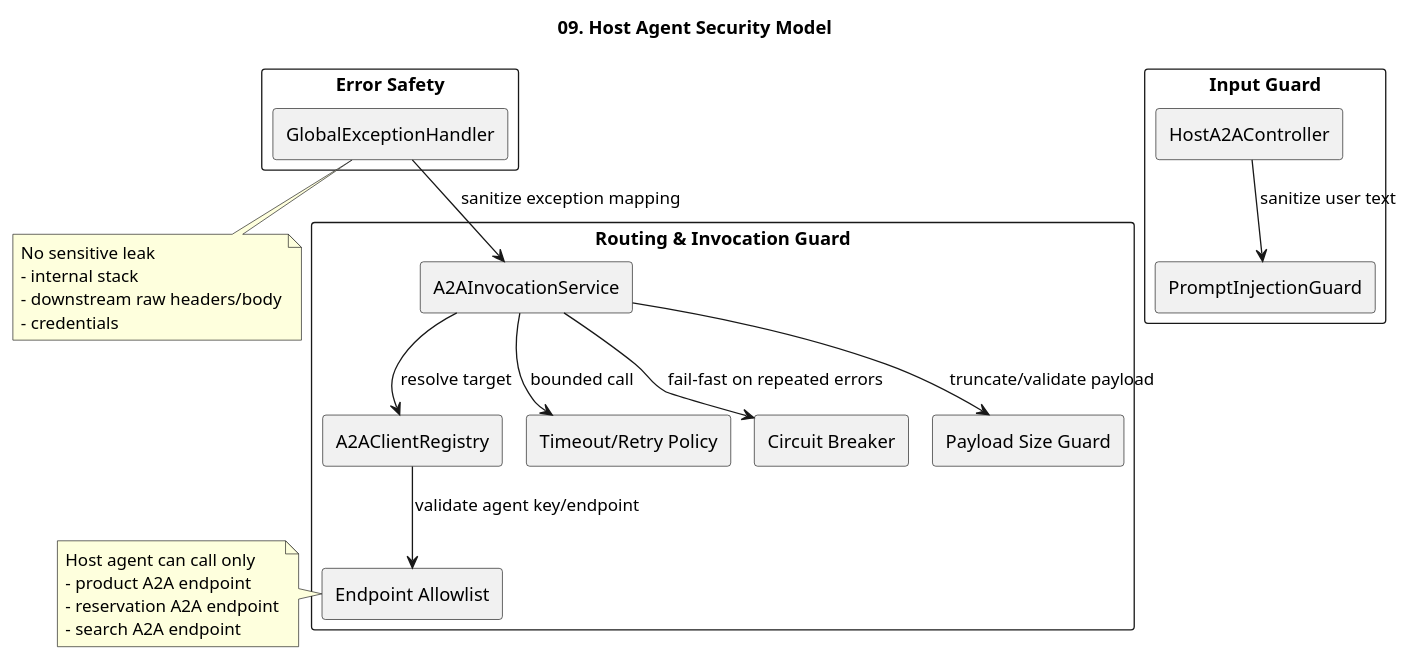
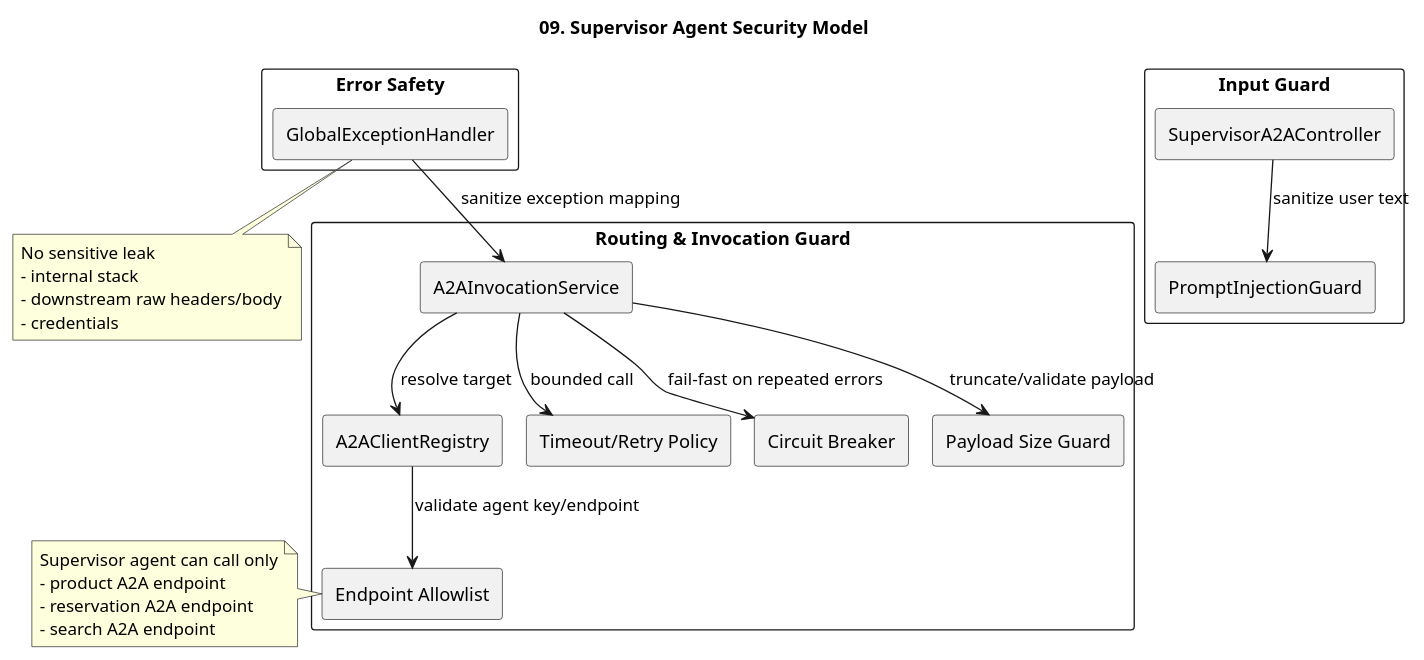
The diagram in documents/a2a-host_agent-architecture/09-security-model.puml (kim57uak/spring-ai), drawn with PlantUML before and after one commit. The commit also changed 131 other files, not shown here.

Commit message:
feat: add supervisor A2A orchestration and architecture updates

```diff
--- a/documents/a2a-host_agent-architecture/09-security-model.puml
+++ b/documents/a2a-host_agent-architecture/09-security-model.puml
@@ -1,48 +1,48 @@
 @startuml
 !pragma layout smetana
-title 09. Host Agent Security Model
+title 09. Supervisor Agent Security Model
 
 skinparam shadowing false
 skinparam componentStyle rectangle
 
 rectangle "Input Guard" {
-  [HostA2AController] as HostA2AController
+  [SupervisorA2AController] as SupervisorA2AController
   [PromptInjectionGuard] as PromptGuard
 }
 
 rectangle "Routing & Invocation Guard" {
   [A2AClientRegistry] as Registry
   [Endpoint Allowlist] as Allowlist
   [A2AInvocationService] as Invoker
   [Timeout/Retry Policy] as TimeoutRetry
   [Circuit Breaker] as CircuitBreaker
   [Payload Size Guard] as PayloadGuard
 }
 
 rectangle "Error Safety" {
   [GlobalExceptionHandler] as ErrorHandler
 }
 
-HostA2AController --> PromptGuard : sanitize user text
+SupervisorA2AController --> PromptGuard : sanitize user text
 Invoker --> Registry : resolve target
 Registry --> Allowlist : validate agent key/endpoint
 Invoker --> TimeoutRetry : bounded call
 Invoker --> CircuitBreaker : fail-fast on repeated errors
 Invoker --> PayloadGuard : truncate/validate payload
 ErrorHandler --> Invoker : sanitize exception mapping
 
 note right of Allowlist
-Host agent can call only
+Supervisor agent can call only
 - product A2A endpoint
 - reservation A2A endpoint
 - search A2A endpoint
 end note
 
 note bottom of ErrorHandler
 No sensitive leak
 - internal stack
 - downstream raw headers/body
 - credentials
 end note
 
 @enduml
```
